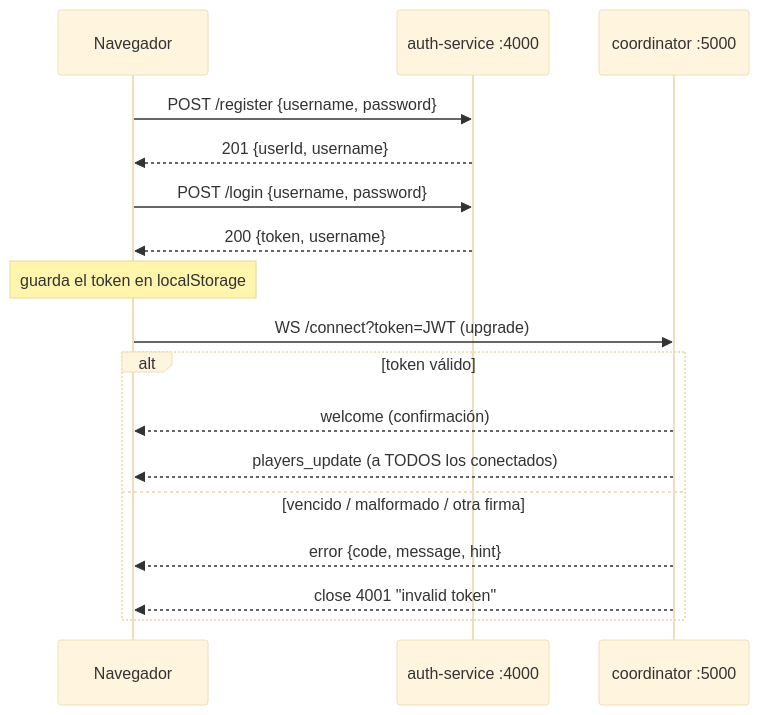
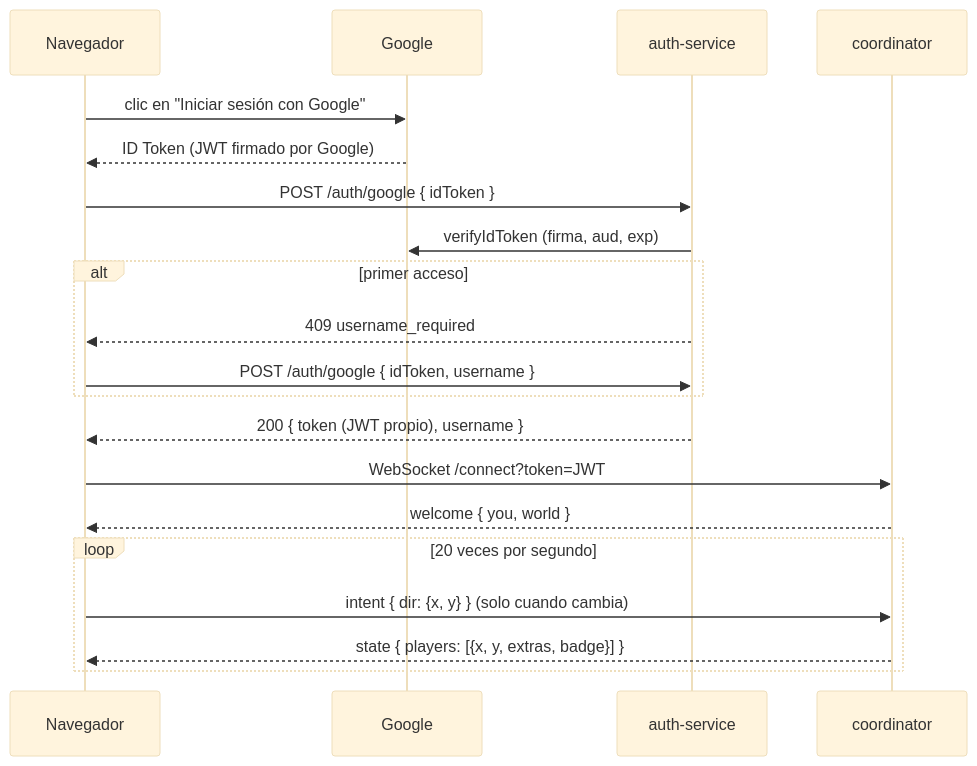
The diagram in README.md (jenifferGom/taller1-auth), drawn with Mermaid (base theme) before and after one commit. The commit also changed other lines of this file and 2 other files, not shown here.

Commit message:
Taller2-parte 3 coordinator y README

````diff
--- a/README.md
+++ b/README.md
@@ -35,19 +76,22 @@
 ```mermaid
 sequenceDiagram
     participant N as Navegador
-    participant A as auth-service :4000
-    participant C as coordinator :5000
-    N->>A: POST /register {username, password}
-    A-->>N: 201 {userId, username}
-    N->>A: POST /login {username, password}
-    A-->>N: 200 {token, username}
-    Note over N: guarda el token en localStorage
-    N->>C: WS /connect?token=JWT (upgrade)
-    alt token válido
-        C-->>N: welcome (confirmación)
-        C-->>N: players_update (a TODOS los conectados)
-    else vencido / malformado / otra firma
-        C-->>N: error {code, message, hint}
-        C-->>N: close 4001 "invalid token"
+    participant G as Google
+    participant A as auth-service
+    participant C as coordinator
+    N->>G: clic en "Iniciar sesión con Google"
+    G-->>N: ID Token (JWT firmado por Google)
+    N->>A: POST /auth/google { idToken }
+    A->>G: verifyIdToken (firma, aud, exp)
+    alt primer acceso
+        A-->>N: 409 username_required
+        N->>A: POST /auth/google { idToken, username }
+    end
+    A-->>N: 200 { token (JWT propio), username }
+    N->>C: WebSocket /connect?token=JWT
+    C-->>N: welcome { you, world }
+    loop 20 veces por segundo
+        N->>C: intent { dir: {x, y} }   (solo cuando cambia)
+        C-->>N: state { players: [{x, y, extras, badge}] }
     end
 ```
````
